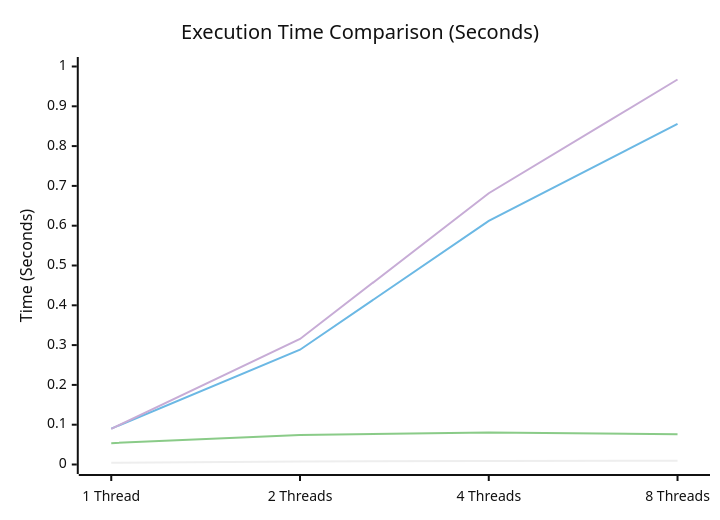
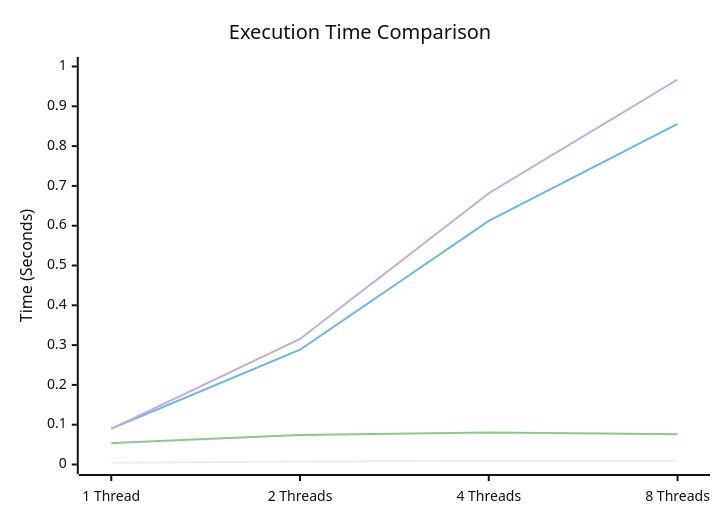
One commit to Alsaa-00/PGC-Expt3-Synchronization changed the third of 3 diagrams in README.md. Above: the diagram before and after it, drawn with Mermaid (neutral theme). The commit also changed other lines of this file, not shown here.

````diff
--- a/README.md
+++ b/README.md
@@ -453,10 +459,10 @@
 ```mermaid
 xychart-beta
-    title "Execution Time Comparison (Seconds)"
+    title "Execution Time Comparison"
     x-axis ["1 Thread", "2 Threads", "4 Threads", "8 Threads"]
     y-axis "Time (Seconds)" 0 --> 1.0
     line [0.0042, 0.0078, 0.0090, 0.0093]
     line [0.0901, 0.2884, 0.6120, 0.8558]
     line [0.0537, 0.0739, 0.0807, 0.0759]
     line [0.0896, 0.3154, 0.6815, 0.9673]
 ```
````
